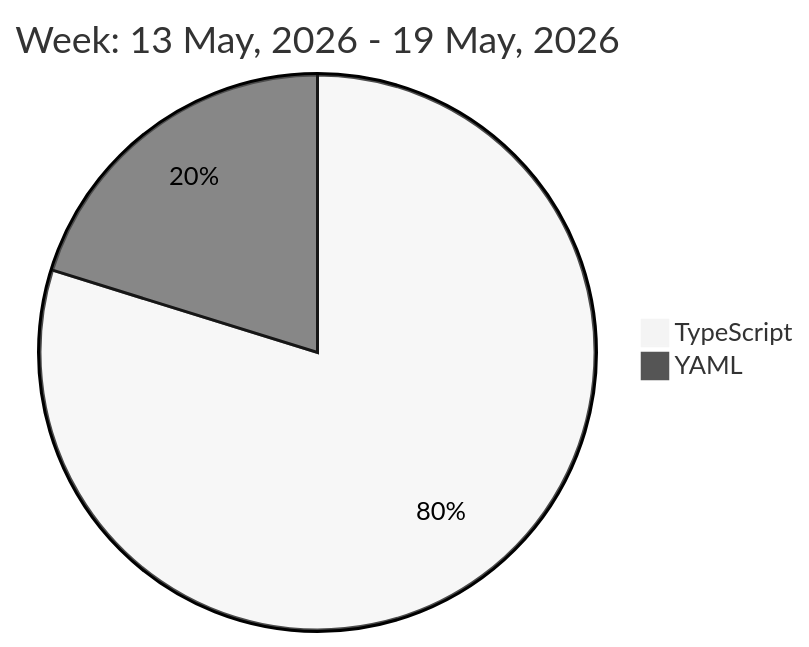
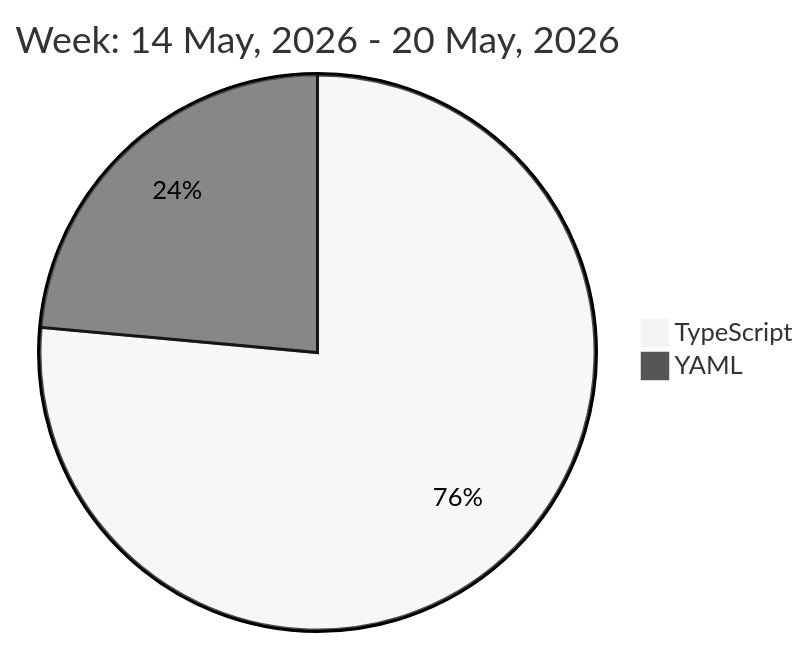
The diagram in README.md (liubin95/liubin95), drawn with Mermaid (neutral theme) before and after one commit.

Commit message:
Updated the Graph with new Metrics

````diff
--- a/README.md
+++ b/README.md
@@ -32,6 +32,6 @@
 ```mermaid
  pie
-title Week: 13 May, 2026 - 19 May, 2026
- "TypeScript" : 9.4
- "YAML" : 2.38
+title Week: 14 May, 2026 - 20 May, 2026
+ "TypeScript" : 9.8
+ "YAML" : 3.02
 ```
````
